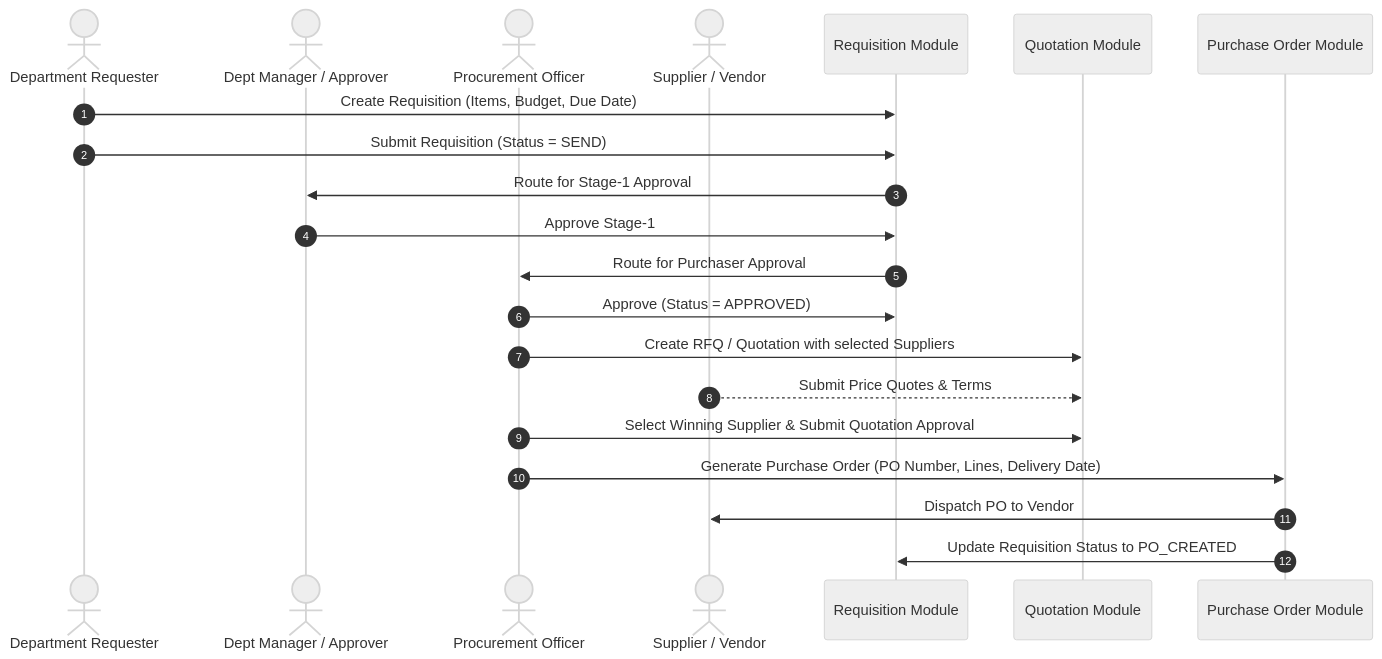
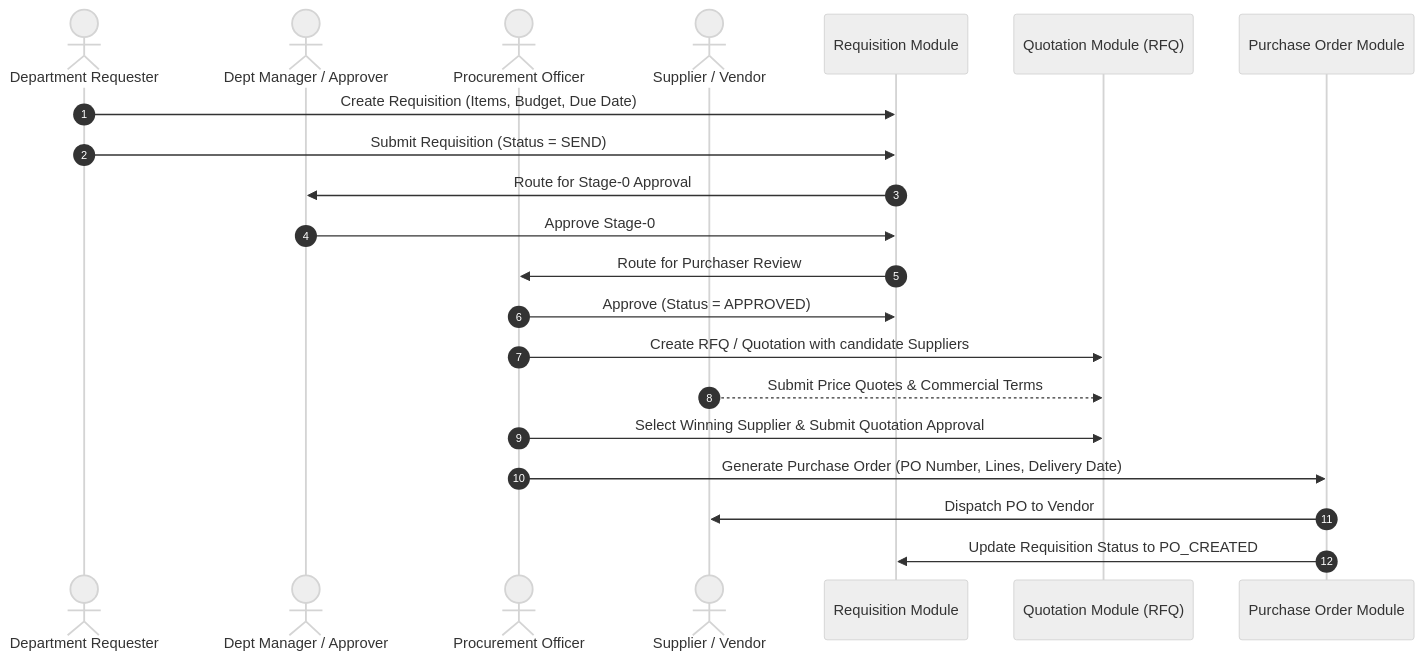
Before and after one commit to putra4648/core-erp: the fourth of 9 diagrams in docs/BUSINESS_PROCESS.md, drawn with Mermaid (neutral theme). The commit also changed other lines of this file and 26 other files, not shown here.

````diff
--- a/docs/BUSINESS_PROCESS.md
+++ b/docs/BUSINESS_PROCESS.md
@@ -183,26 +194,26 @@
 ```mermaid
 sequenceDiagram
     autonumber
     actor Requester as Department Requester
     actor Approver as Dept Manager / Approver
     actor Purchaser as Procurement Officer
     actor Supplier as Supplier / Vendor
     participant PR as Requisition Module
-    participant Quot as Quotation Module
+    participant Quot as Quotation Module (RFQ)
     participant PO as Purchase Order Module
 
     Requester->>PR: Create Requisition (Items, Budget, Due Date)
     Requester->>PR: Submit Requisition (Status = SEND)
-    PR->>Approver: Route for Stage-1 Approval
-    Approver->>PR: Approve Stage-1
-    PR->>Purchaser: Route for Purchaser Approval
+    PR->>Approver: Route for Stage-0 Approval
+    Approver->>PR: Approve Stage-0
+    PR->>Purchaser: Route for Purchaser Review
     Purchaser->>PR: Approve (Status = APPROVED)
     
-    Purchaser->>Quot: Create RFQ / Quotation with selected Suppliers
-    Supplier-->>Quot: Submit Price Quotes & Terms
+    Purchaser->>Quot: Create RFQ / Quotation with candidate Suppliers
+    Supplier-->>Quot: Submit Price Quotes & Commercial Terms
     Purchaser->>Quot: Select Winning Supplier & Submit Quotation Approval
     
     Purchaser->>PO: Generate Purchase Order (PO Number, Lines, Delivery Date)
     PO->>Supplier: Dispatch PO to Vendor
     PO->>PR: Update Requisition Status to PO_CREATED
 ```
````
